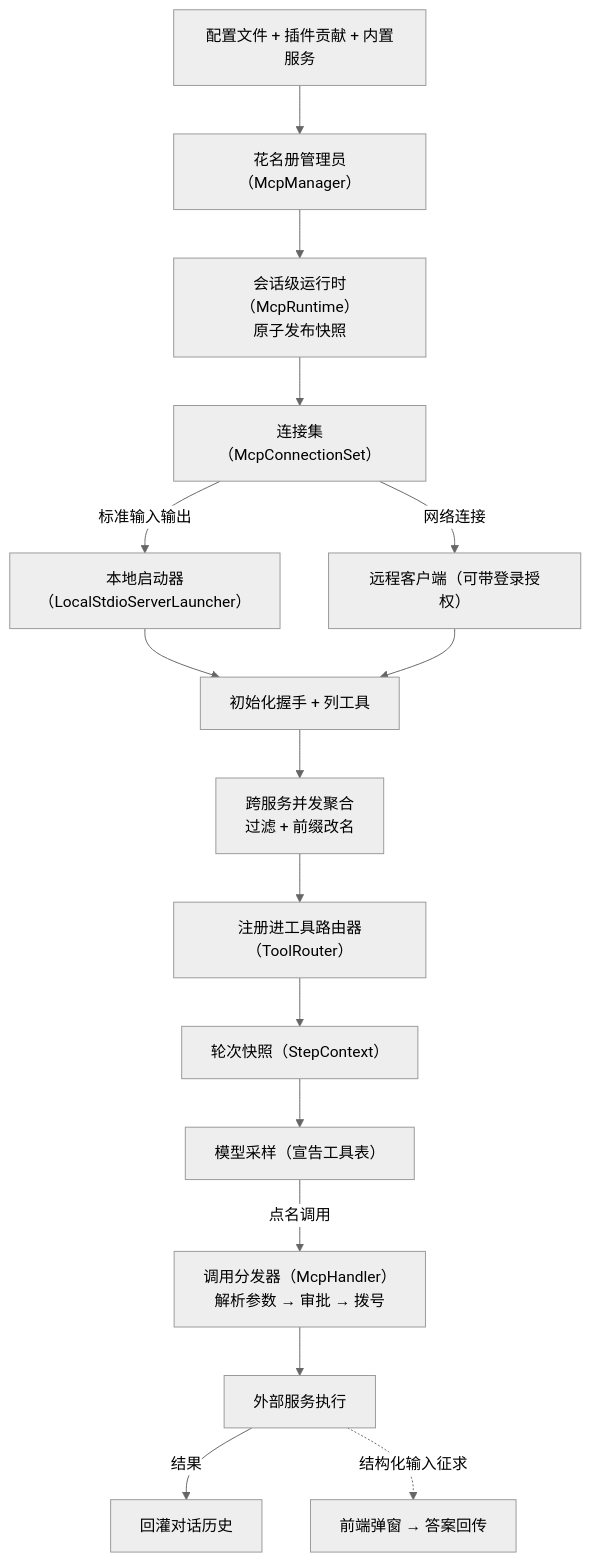
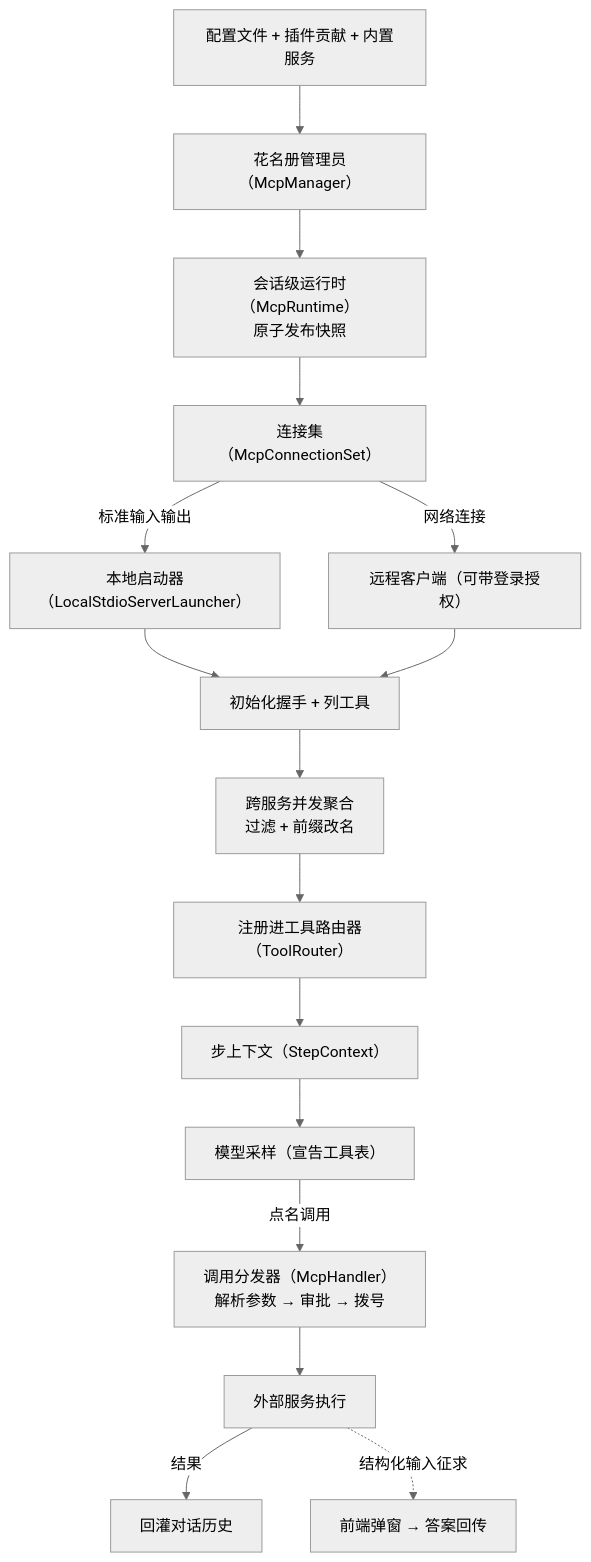
The diagram in src/part4/mcp.md (13927/codex-book), drawn with Mermaid (neutral theme) before and after one commit. The commit also changed other lines of this file and 10 other files, not shown here.

````diff
--- a/src/part4/mcp.md
+++ b/src/part4/mcp.md
@@ -59,18 +59,18 @@
 ```mermaid
 flowchart TD
     CFG["配置文件 + 插件贡献 + 内置服务"] --> MGR["花名册管理员（McpManager）"]
     MGR --> RT["会话级运行时（McpRuntime）<br/>原子发布快照"]
     RT --> CS["连接集（McpConnectionSet）"]
     CS -->|"标准输入输出"| LP["本地启动器（LocalStdioServerLauncher）"]
     CS -->|"网络连接"| HTTP["远程客户端（可带登录授权）"]
     LP --> HS["初始化握手 + 列工具"]
     HTTP --> HS
     HS --> CAT["跨服务并发聚合<br/>过滤 + 前缀改名"]
     CAT --> ROUTER["注册进工具路由器（ToolRouter）"]
-    ROUTER --> SNAP["轮次快照（StepContext）"]
+    ROUTER --> SNAP["步上下文（StepContext）"]
     SNAP --> MODEL["模型采样（宣告工具表）"]
     MODEL -->|"点名调用"| H["调用分发器（McpHandler）<br/>解析参数 → 审批 → 拨号"]
     H --> SRV["外部服务执行"]
     SRV -->|"结果"| HIST["回灌对话历史"]
     SRV -.->|"结构化输入征求"| USER["前端弹窗 → 答案回传"]
 ```
````
